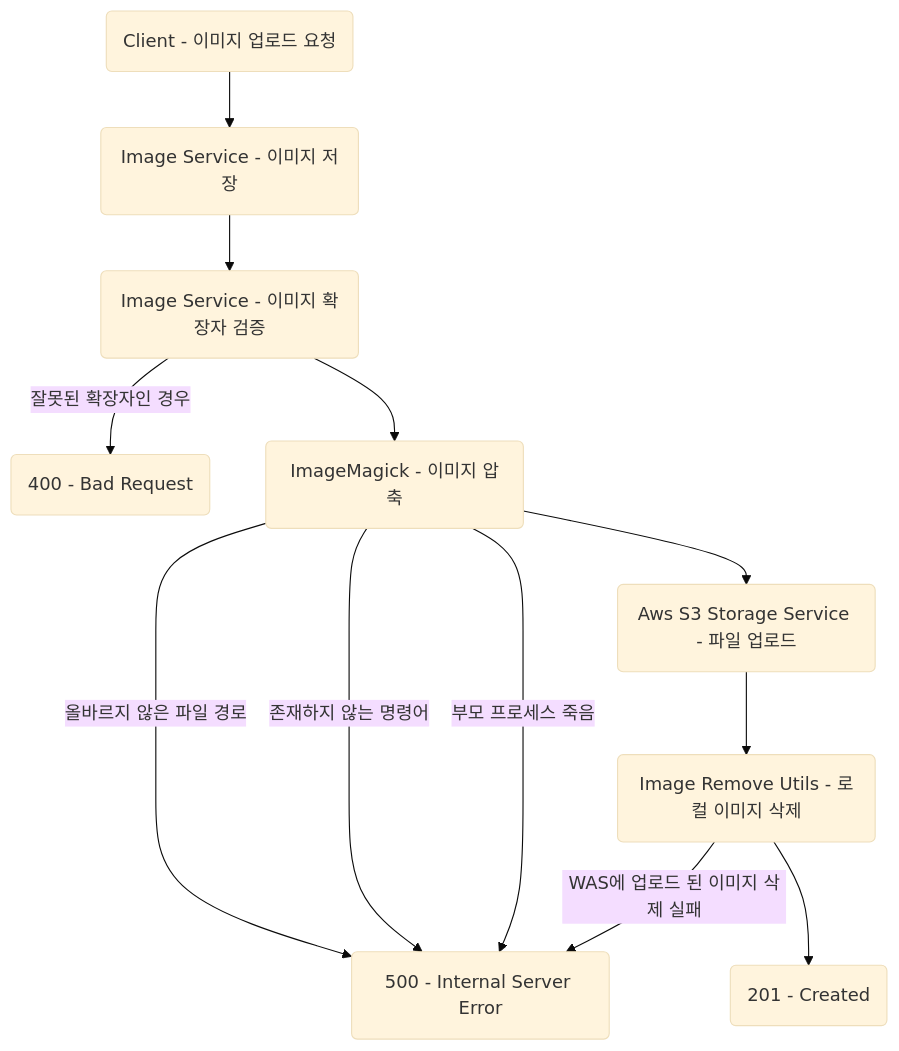
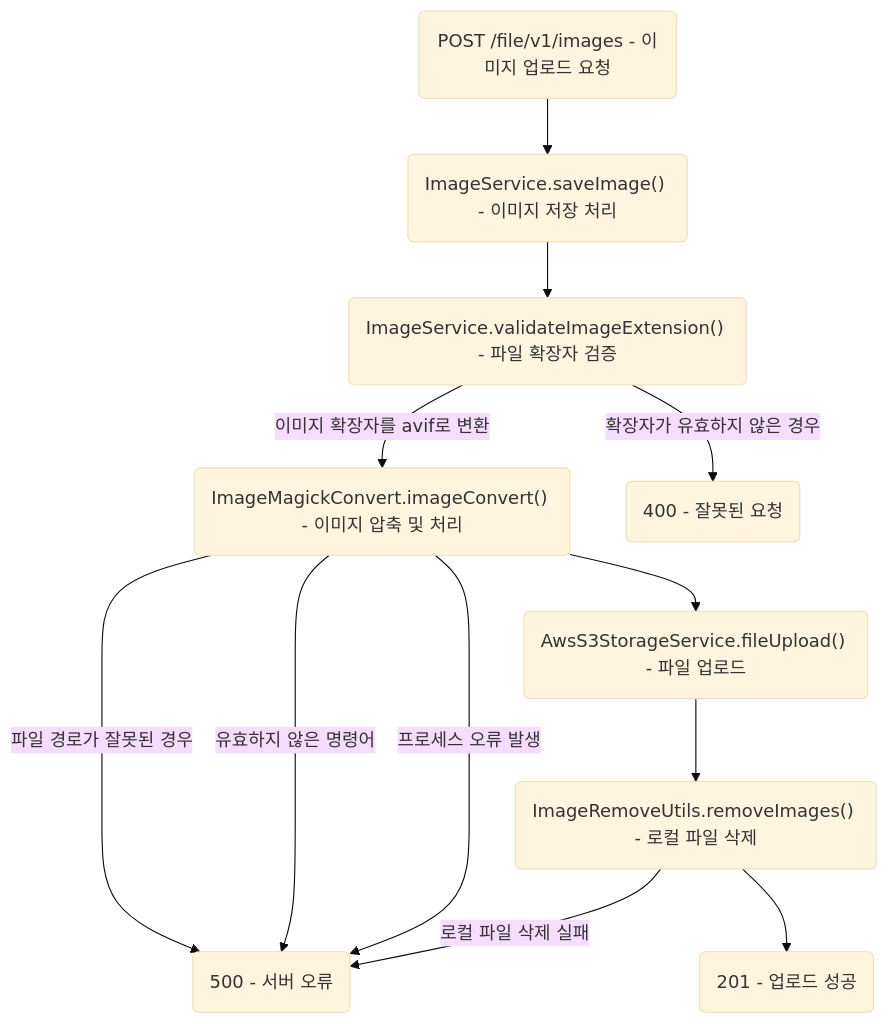
The diagram in application/wypl-image/src/main/java/com/wypl/wyplimage/controller/README.md (What-s-Your-Plan/wypl-backend), drawn with Mermaid (base theme) before and after one commit.

Commit message:
Docs(#60): Image Upload Request 수정

````diff
--- a/application/wypl-image/src/main/java/com/wypl/wyplimage/controller/README.md
+++ b/application/wypl-image/src/main/java/com/wypl/wyplimage/controller/README.md
@@ -5,25 +5,21 @@
 ```mermaid
 flowchart TD
-
-Request("Client - 이미지 업로드 요청")
-Service("Image Service - 이미지 저장")
-Validate("Image Service - 이미지 확장자 검증")
-ImageMagic("ImageMagick - 이미지 압축")
-Upload("Aws S3 Storage Service - 파일 업로드")
-Remove("Image Remove Utils - 로컬 이미지 삭제")
-
-
-201("201 - Created")
-400("400 - Bad Request")
-500("500 - Internal Server Error")
-
-Request --> Service --> Validate
-Validate -- 잘못된 확장자인 경우 --> 400
-Validate --> ImageMagic
-ImageMagic -- 올바르지 않은 파일 경로 --> 500
-ImageMagic -- 존재하지 않는 명령어 --> 500
-ImageMagic -- 부모 프로세스 죽음 --> 500
-ImageMagic --> Upload --> Remove
-Remove -- WAS에 업로드 된 이미지 삭제 실패 --> 500
-Remove --> 201
+    Request("POST /file/v1/images - 이미지 업로드 요청")
+    Service("ImageService.saveImage() - 이미지 저장 처리")
+    Validate("ImageService.validateImageExtension() - 파일 확장자 검증")
+    ImageMagic("ImageMagickConvert.imageConvert() - 이미지 압축 및 처리")
+    Upload("AwsS3StorageService.fileUpload() - 파일 업로드")
+    Remove("ImageRemoveUtils.removeImages() - 로컬 파일 삭제")
+    Success("201 - 업로드 성공")
+    BadRequest("400 - 잘못된 요청")
+    ServerError("500 - 서버 오류")
+    Request --> Service --> Validate
+    Validate -- 확장자가 유효하지 않은 경우 --> BadRequest
+    Validate -- 이미지 확장자를 avif로 변환 --> ImageMagic
+    ImageMagic -- 파일 경로가 잘못된 경우 --> ServerError
+    ImageMagic -- 유효하지 않은 명령어 --> ServerError
+    ImageMagic -- 프로세스 오류 발생 --> ServerError
+    ImageMagic --> Upload --> Remove
+    Remove -- 로컬 파일 삭제 실패 --> ServerError
+    Remove --> Success
 ```
````
